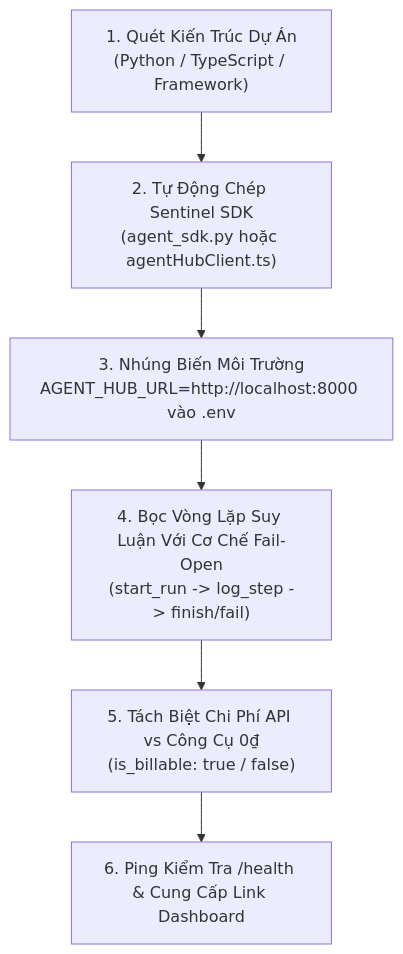
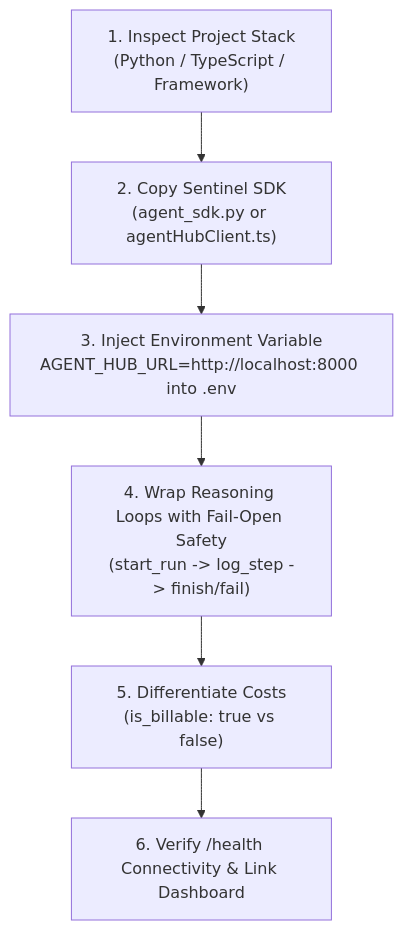
Before and after one commit to longnguyen97-full/agentguard-hub-management-system: the diagram in docs/CLIENT_INTEGRATION_GUIDE.md, drawn with Mermaid. The commit also changed other lines of this file and 6 other files, not shown here.

````diff
--- a/docs/CLIENT_INTEGRATION_GUIDE.md
+++ b/docs/CLIENT_INTEGRATION_GUIDE.md
@@ -70,8 +70,8 @@
 ```mermaid
 flowchart TD
-    A["1. Quét Kiến Trúc Dự Án<br/>(Python / TypeScript / Framework)"] --> B["2. Tự Động Chép Sentinel SDK<br/>(agent_sdk.py hoặc agentHubClient.ts)"]
-    B --> C["3. Nhúng Biến Môi Trường<br/>AGENT_HUB_URL=http://localhost:8000 vào .env"]
-    C --> D["4. Bọc Vòng Lặp Suy Luận Với Cơ Chế Fail-Open<br/>(start_run -> log_step -> finish/fail)"]
-    D --> E["5. Tách Biệt Chi Phí API vs Công Cụ 0₫<br/>(is_billable: true / false)"]
-    E --> F["6. Ping Kiểm Tra /health & Cung Cấp Link Dashboard"]
+    A["1. Inspect Project Stack<br/>(Python / TypeScript / Framework)"] --> B["2. Copy Sentinel SDK<br/>(agent_sdk.py or agentHubClient.ts)"]
+    B --> C["3. Inject Environment Variable<br/>AGENT_HUB_URL=http://localhost:8000 into .env"]
+    C --> D["4. Wrap Reasoning Loops with Fail-Open Safety<br/>(start_run -> log_step -> finish/fail)"]
+    D --> E["5. Differentiate Costs<br/>(is_billable: true vs false)"]
+    E --> F["6. Verify /health Connectivity & Link Dashboard"]
 ```
````
